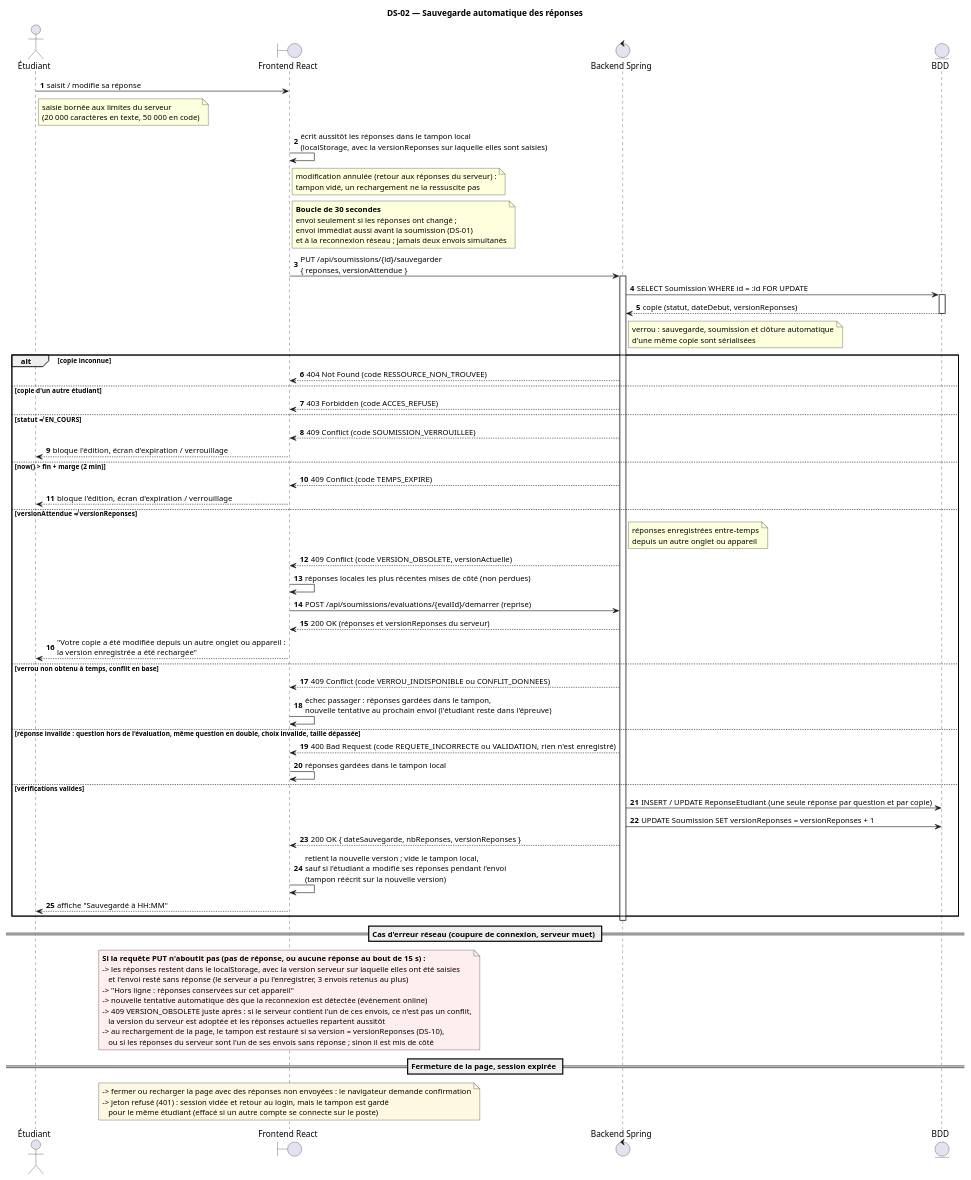
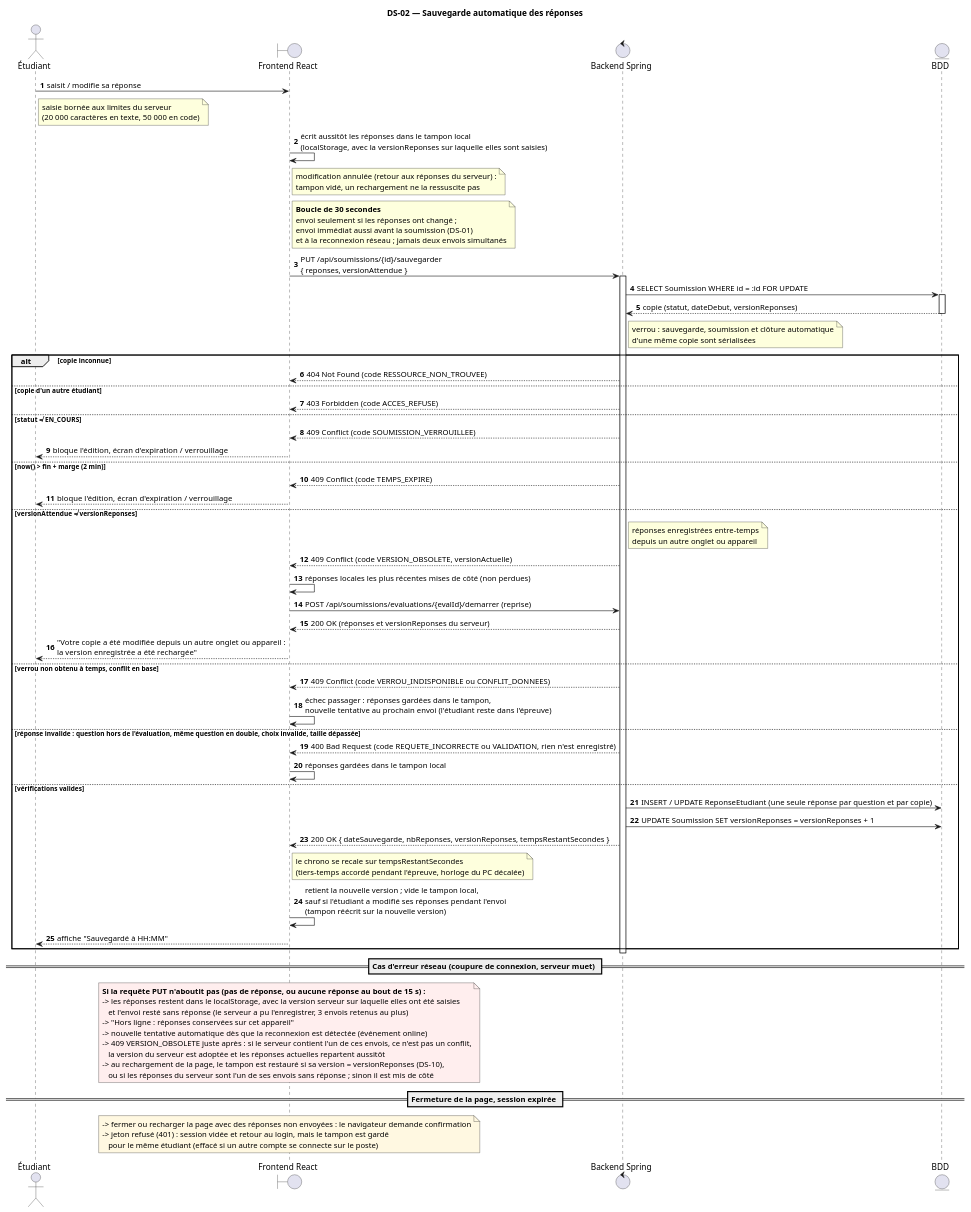
Before and after one commit to MorLeye75/eval-platform: the diagram in docs/diagrammes-sequence/DS-02-sauvegarde-auto.puml, drawn with PlantUML. The commit also changed 9 other files, not shown here.

First line of the commit message:
fix(passation): chrono recale sur le temps restant du serveur

```diff
--- a/docs/diagrammes-sequence/DS-02-sauvegarde-auto.puml
+++ b/docs/diagrammes-sequence/DS-02-sauvegarde-auto.puml
@@ -1,70 +1,71 @@
 @startuml DS-02_sauvegarde_auto
 title DS-02 — Sauvegarde automatique des réponses
 autonumber
 actor "Étudiant" as E
 boundary "Frontend React" as F
 control "Backend Spring" as B
 entity "BDD" as D
 
 E -> F : saisit / modifie sa réponse
 note right of E : saisie bornée aux limites du serveur\n(20 000 caractères en texte, 50 000 en code)
 F -> F : écrit aussitôt les réponses dans le tampon local\n(localStorage, avec la versionReponses sur laquelle elles sont saisies)
 note right of F : modification annulée (retour aux réponses du serveur) :\ntampon vidé, un rechargement ne la ressuscite pas
 note right of F : **Boucle de 30 secondes**\nenvoi seulement si les réponses ont changé ;\nenvoi immédiat aussi avant la soumission (DS-01)\net à la reconnexion réseau ; jamais deux envois simultanés
 F -> B ++ : PUT /api/soumissions/{id}/sauvegarder\n{ reponses, versionAttendue }
 B -> D ++ : SELECT Soumission WHERE id = :id FOR UPDATE
 D --> B -- : copie (statut, dateDebut, versionReponses)
 note right of B : verrou : sauvegarde, soumission et clôture automatique\nd'une même copie sont sérialisées
 
 alt copie inconnue
   B --> F : 404 Not Found (code RESSOURCE_NON_TROUVEE)
 else copie d'un autre étudiant
   B --> F : 403 Forbidden (code ACCES_REFUSE)
 else statut ≠ EN_COURS
   B --> F : 409 Conflict (code SOUMISSION_VERROUILLEE)
   F --> E : bloque l'édition, écran d'expiration / verrouillage
 else now() > fin + marge (2 min)
   B --> F : 409 Conflict (code TEMPS_EXPIRE)
   F --> E : bloque l'édition, écran d'expiration / verrouillage
 else versionAttendue ≠ versionReponses
   note right of B : réponses enregistrées entre-temps\ndepuis un autre onglet ou appareil
   B --> F : 409 Conflict (code VERSION_OBSOLETE, versionActuelle)
   F -> F : réponses locales les plus récentes mises de côté (non perdues)
   F -> B : POST /api/soumissions/evaluations/{evalId}/demarrer (reprise)
   B --> F : 200 OK (réponses et versionReponses du serveur)
   F --> E : "Votre copie a été modifiée depuis un autre onglet ou appareil :\nla version enregistrée a été rechargée"
 else verrou non obtenu à temps, conflit en base
   B --> F : 409 Conflict (code VERROU_INDISPONIBLE ou CONFLIT_DONNEES)
   F -> F : échec passager : réponses gardées dans le tampon,\nnouvelle tentative au prochain envoi (l'étudiant reste dans l'épreuve)
 else réponse invalide : question hors de l'évaluation, même question en double, choix invalide, taille dépassée
   B --> F : 400 Bad Request (code REQUETE_INCORRECTE ou VALIDATION, rien n'est enregistré)
   F -> F : réponses gardées dans le tampon local
 else vérifications valides
   B -> D : INSERT / UPDATE ReponseEtudiant (une seule réponse par question et par copie)
   B -> D : UPDATE Soumission SET versionReponses = versionReponses + 1
-  B --> F : 200 OK { dateSauvegarde, nbReponses, versionReponses }
+  B --> F : 200 OK { dateSauvegarde, nbReponses, versionReponses, tempsRestantSecondes }
+  note right of F : le chrono se recale sur tempsRestantSecondes\n(tiers-temps accordé pendant l'épreuve, horloge du PC décalée)
   F -> F : retient la nouvelle version ; vide le tampon local,\nsauf si l'étudiant a modifié ses réponses pendant l'envoi\n(tampon réécrit sur la nouvelle version)
   F --> E : affiche "Sauvegardé à HH:MM"
 end
 deactivate B
 
 == Cas d'erreur réseau (coupure de connexion, serveur muet) ==
 note over F #FFEEEE
   **Si la requête PUT n'aboutit pas (pas de réponse, ou aucune réponse au bout de 15 s) :**
   -> les réponses restent dans le localStorage, avec la version serveur sur laquelle elles ont été saisies
      et l'envoi resté sans réponse (le serveur a pu l'enregistrer, 3 envois retenus au plus)
   -> "Hors ligne : réponses conservées sur cet appareil"
   -> nouvelle tentative automatique dès que la reconnexion est détectée (événement online)
   -> 409 VERSION_OBSOLETE juste après : si le serveur contient l'un de ces envois, ce n'est pas un conflit,
      la version du serveur est adoptée et les réponses actuelles repartent aussitôt
   -> au rechargement de la page, le tampon est restauré si sa version = versionReponses (DS-10),
      ou si les réponses du serveur sont l'un de ses envois sans réponse ; sinon il est mis de côté
 end note
 
 == Fermeture de la page, session expirée ==
 note over F #FFF8E1
   -> fermer ou recharger la page avec des réponses non envoyées : le navigateur demande confirmation
   -> jeton refusé (401) : session vidée et retour au login, mais le tampon est gardé
      pour le même étudiant (effacé si un autre compte se connecte sur le poste)
 end note
 @enduml
```
